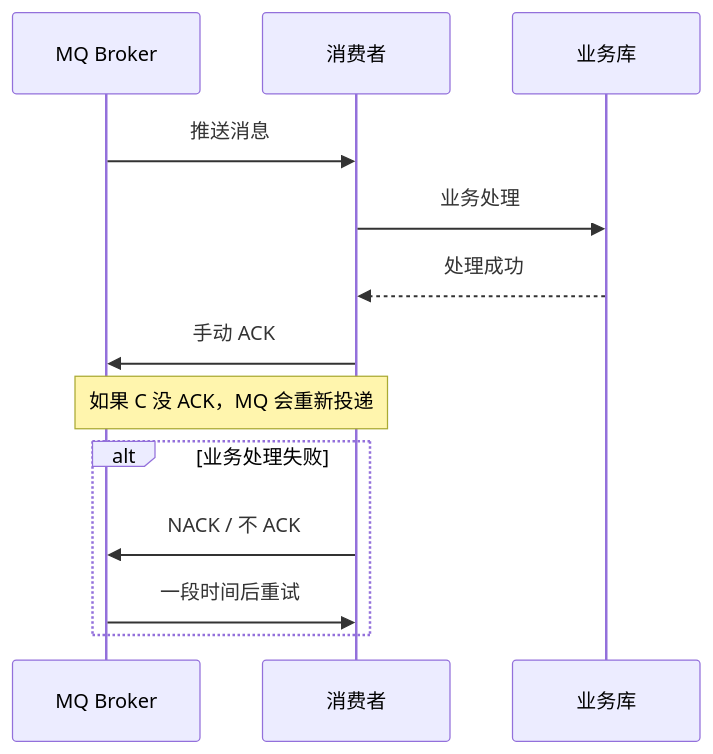
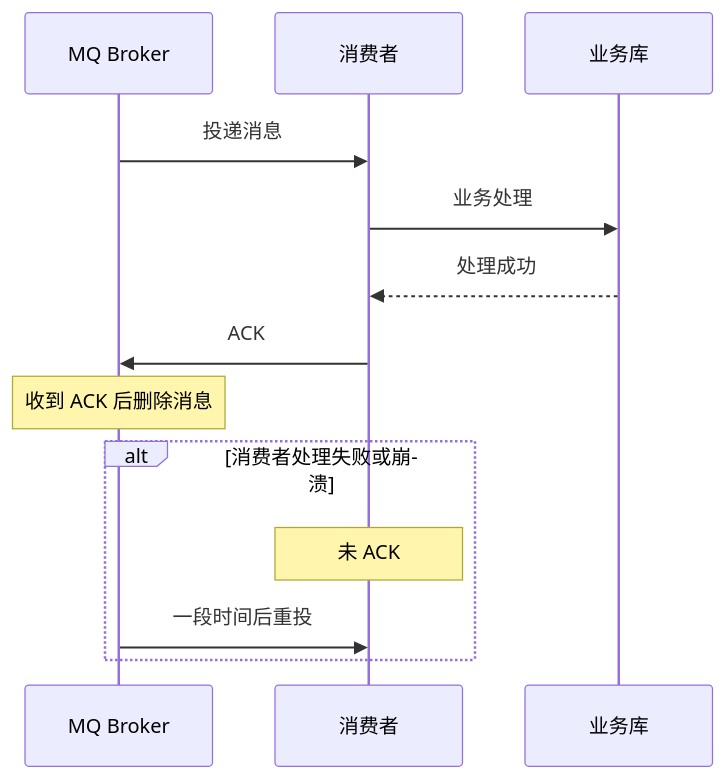
Before and after one commit to chongyang211/YCBookBlog: the sixth of 12 diagrams in docs/10.真经/05.方案设计思想/08.消息队列方案选型.md, drawn with Mermaid. The commit also changed other lines of this file and 36 other files, not shown here.

````diff
--- a/docs/10.真经/05.方案设计思想/08.消息队列方案选型.md
+++ b/docs/10.真经/05.方案设计思想/08.消息队列方案选型.md
@@ -407,18 +492,17 @@
 ```mermaid
 sequenceDiagram
     participant MQ as MQ Broker
     participant C as 消费者
     participant DB as 业务库
     
-    MQ->>C: 推送消息
+    MQ->>C: 投递消息
     C->>DB: 业务处理
     DB-->>C: 处理成功
-    C->>MQ: 手动 ACK
+    C->>MQ: ACK
+    Note over MQ: 收到 ACK 后删除消息
     
-    Note over MQ,C: 如果 C 没 ACK，MQ 会重新投递
-    
-    alt 业务处理失败
-        C->>MQ: NACK / 不 ACK
-        MQ->>C: 一段时间后重试
+    alt 消费者处理失败或崩溃
+        Note over C: 未 ACK
+        MQ->>C: 一段时间后重投
     end
 ```
````
